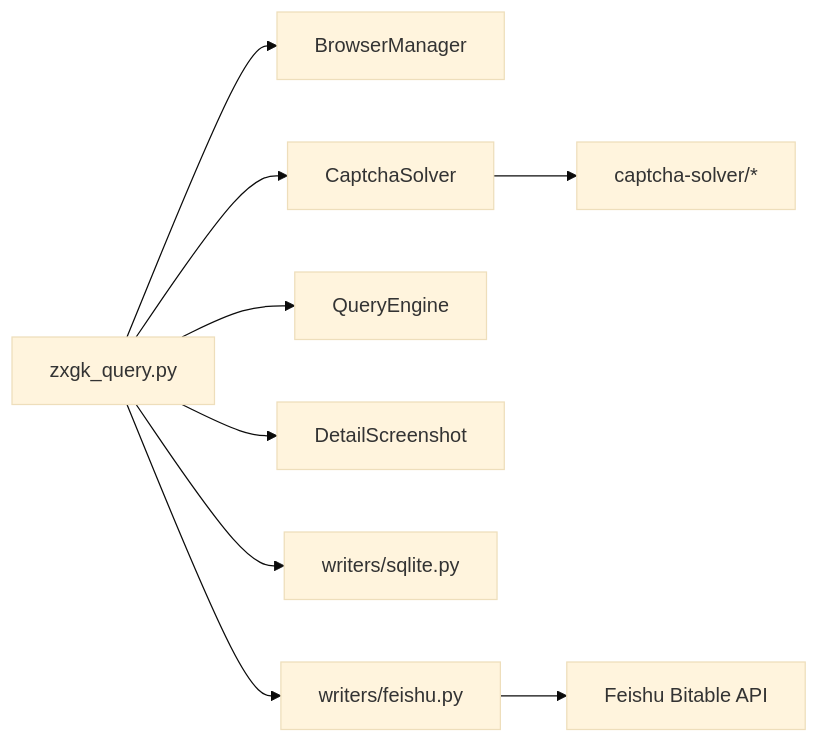
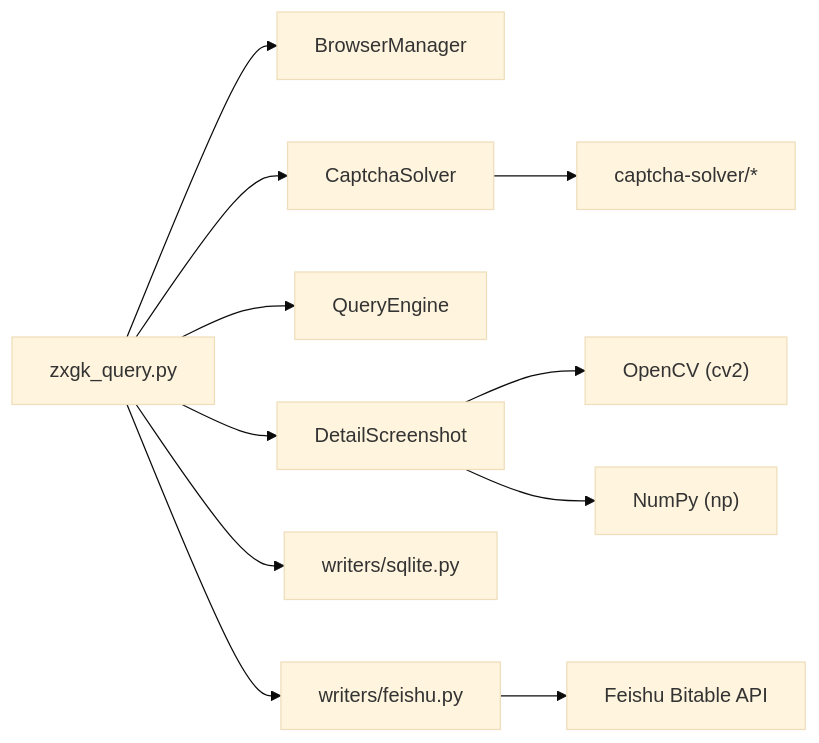
Before and after one commit to supotato-ipj/zxgk_auto_query-skill: the seventh of 7 diagrams in .qoder/repowiki/en/content/Core Architecture/Data Processing Pipeline.md, drawn with Mermaid (base theme). The commit also changed other lines of this file and 24 other files, not shown here.

````diff
--- a/.qoder/repowiki/en/content/Core Architecture/Data Processing Pipeline.md
+++ b/.qoder/repowiki/en/content/Core Architecture/Data Processing Pipeline.md
@@ -346,11 +434,13 @@
 ```mermaid
 graph LR
 Z["zxgk_query.py"] --> BM["BrowserManager"]
 Z --> CS["CaptchaSolver"]
 Z --> QE["QueryEngine"]
 Z --> DS["DetailScreenshot"]
 Z --> WSQL["writers/sqlite.py"]
 Z --> WFS["writers/feishu.py"]
 CS --> OCR["captcha-solver/*"]
+DS --> CV["OpenCV (cv2)"]
+DS --> NP["NumPy (np)"]
 WFS --> API["Feishu Bitable API"]
 ```
````
